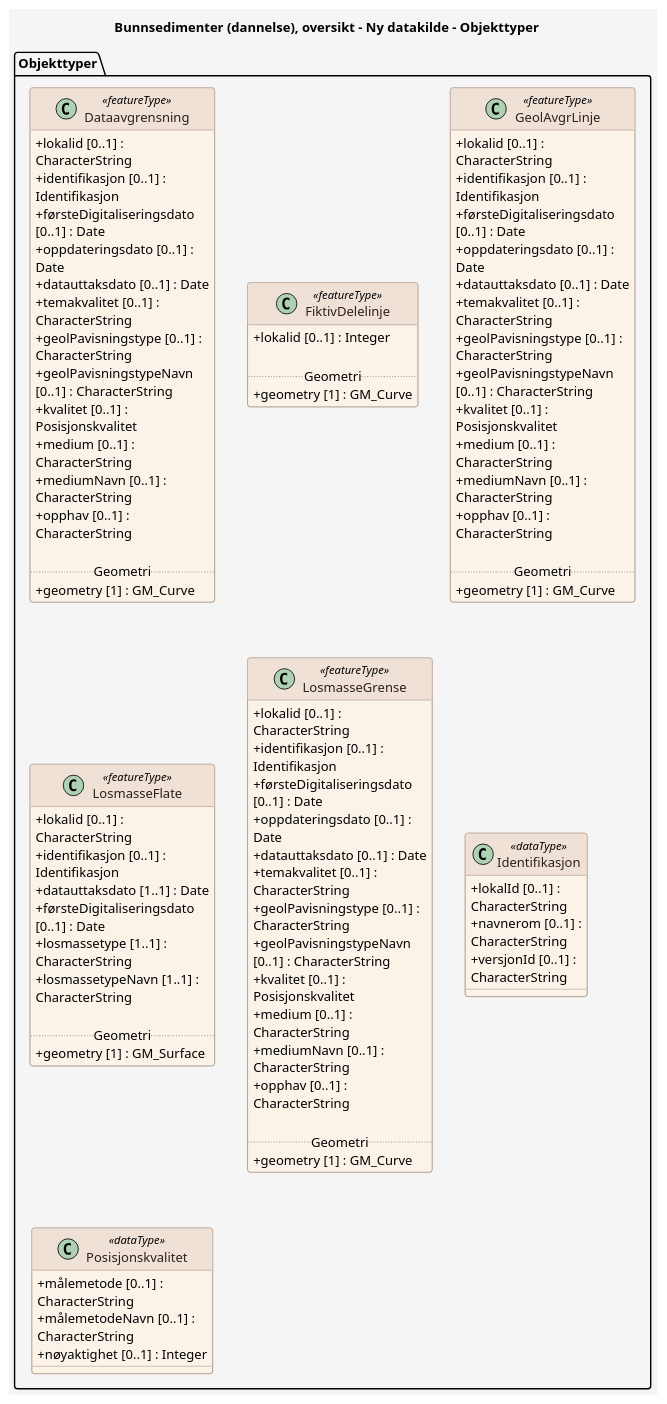
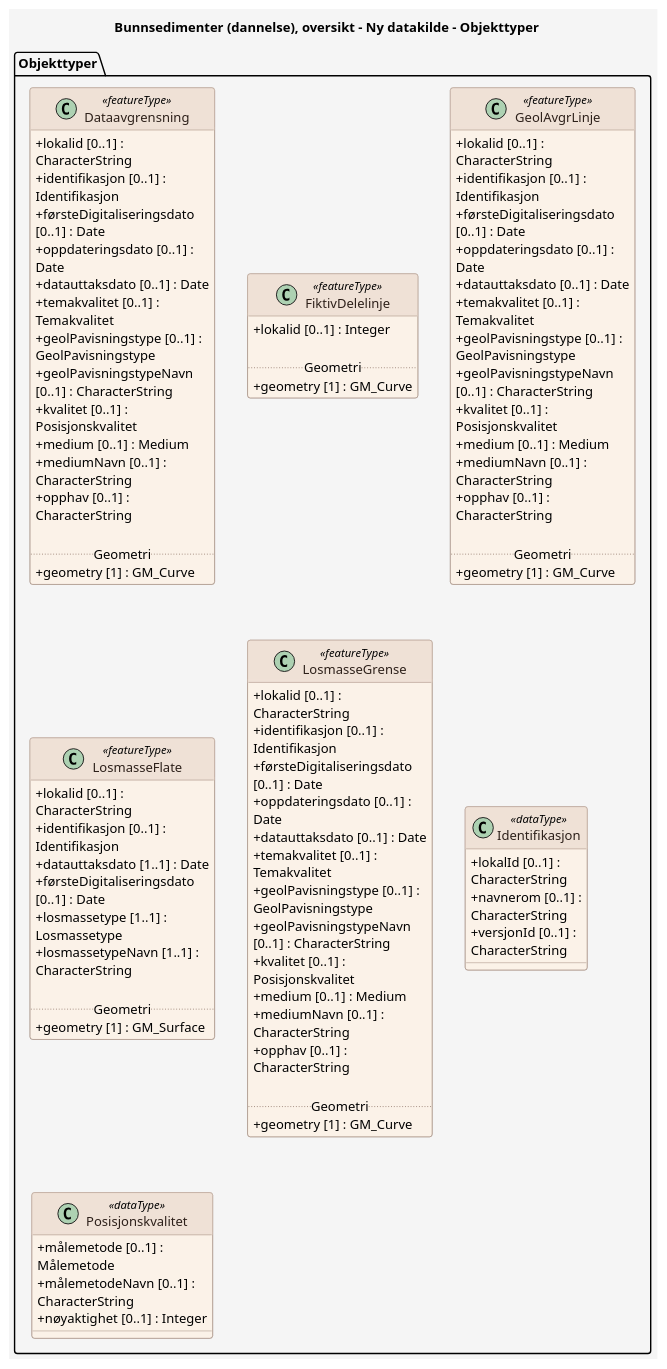
The diagram in produktspesifikasjon/bunnsedimenter-dannelse-oversikt/ny-datakilde/ny-datakilde_feature_catalogue.puml (Arkitektum/produktspesifikasjon_test2), drawn with PlantUML before and after one commit. The commit also changed 20 other files, not shown here.

```diff
--- a/produktspesifikasjon/bunnsedimenter-dannelse-oversikt/ny-datakilde/ny-datakilde_feature_catalogue.puml
+++ b/produktspesifikasjon/bunnsedimenter-dannelse-oversikt/ny-datakilde/ny-datakilde_feature_catalogue.puml
@@ -1,119 +1,119 @@
 @startuml
 ' For wide diagrams, render with: plantuml -DPLANTUML_LIMIT_SIZE=16384 ...
 ' The 'scale max' directive below caps the rendered output to prevent the
 ' default PlantUML 4096px size limit from cropping the diagram.
 scale max 4000*4000
 
 title Bunnsedimenter (dannelse), oversikt - Ny datakilde - Objekttyper
 
 skinparam backgroundColor #F5F5F5
 skinparam shadowing false
 skinparam RoundCorner 6
 skinparam ArrowColor #6C8198
 skinparam wrapWidth 200
 skinparam class {
   BackgroundColor #FBF2E8
   BorderColor #9C8578
   FontColor #2D201A
   HeaderBackgroundColor #EFE1D6
   HeaderFontColor #2D201A
   AttributeIconSize 0
 }
 skinparam note {
   BackgroundColor #FFFFFF
   BorderColor #6C8198
   FontColor #2D201A
 }
 skinparam stereotypeCBackgroundColor #EAD9CE
 skinparam stereotypeCBorderColor #9C8578
 skinparam stereotypeCFontColor #2D201A
 
 package "Objekttyper" {
 
   class Dataavgrensning <<featureType>> {
     + lokalid [0..1] : CharacterString
     + identifikasjon [0..1] : Identifikasjon
     + førsteDigitaliseringsdato [0..1] : Date
     + oppdateringsdato [0..1] : Date
     + datauttaksdato [0..1] : Date
-    + temakvalitet [0..1] : CharacterString
-    + geolPavisningstype [0..1] : CharacterString
+    + temakvalitet [0..1] : Temakvalitet
+    + geolPavisningstype [0..1] : GeolPavisningstype
     + geolPavisningstypeNavn [0..1] : CharacterString
     + kvalitet [0..1] : Posisjonskvalitet
-    + medium [0..1] : CharacterString
+    + medium [0..1] : Medium
     + mediumNavn [0..1] : CharacterString
     + opphav [0..1] : CharacterString
 
     ..Geometri..
     + geometry [1] : GM_Curve
   }
 
   class FiktivDelelinje <<featureType>> {
     + lokalid [0..1] : Integer
 
     ..Geometri..
     + geometry [1] : GM_Curve
   }
 
   class GeolAvgrLinje <<featureType>> {
     + lokalid [0..1] : CharacterString
     + identifikasjon [0..1] : Identifikasjon
     + førsteDigitaliseringsdato [0..1] : Date
     + oppdateringsdato [0..1] : Date
     + datauttaksdato [0..1] : Date
-    + temakvalitet [0..1] : CharacterString
-    + geolPavisningstype [0..1] : CharacterString
+    + temakvalitet [0..1] : Temakvalitet
+    + geolPavisningstype [0..1] : GeolPavisningstype
     + geolPavisningstypeNavn [0..1] : CharacterString
     + kvalitet [0..1] : Posisjonskvalitet
-    + medium [0..1] : CharacterString
+    + medium [0..1] : Medium
     + mediumNavn [0..1] : CharacterString
     + opphav [0..1] : CharacterString
 
     ..Geometri..
     + geometry [1] : GM_Curve
   }
 
   class LosmasseFlate <<featureType>> {
     + lokalid [0..1] : CharacterString
     + identifikasjon [0..1] : Identifikasjon
     + datauttaksdato [1..1] : Date
     + førsteDigitaliseringsdato [0..1] : Date
-    + losmassetype [1..1] : CharacterString
+    + losmassetype [1..1] : Losmassetype
     + losmassetypeNavn [1..1] : CharacterString
 
     ..Geometri..
     + geometry [1] : GM_Surface
   }
 
   class LosmasseGrense <<featureType>> {
     + lokalid [0..1] : CharacterString
     + identifikasjon [0..1] : Identifikasjon
     + førsteDigitaliseringsdato [0..1] : Date
     + oppdateringsdato [0..1] : Date
     + datauttaksdato [0..1] : Date
-    + temakvalitet [0..1] : CharacterString
-    + geolPavisningstype [0..1] : CharacterString
+    + temakvalitet [0..1] : Temakvalitet
+    + geolPavisningstype [0..1] : GeolPavisningstype
     + geolPavisningstypeNavn [0..1] : CharacterString
     + kvalitet [0..1] : Posisjonskvalitet
-    + medium [0..1] : CharacterString
+    + medium [0..1] : Medium
     + mediumNavn [0..1] : CharacterString
     + opphav [0..1] : CharacterString
 
     ..Geometri..
     + geometry [1] : GM_Curve
   }
 
   class Identifikasjon <<dataType>> {
     + lokalId [0..1] : CharacterString
     + navnerom [0..1] : CharacterString
     + versjonId [0..1] : CharacterString
   }
 
   class Posisjonskvalitet <<dataType>> {
-    + målemetode [0..1] : CharacterString
+    + målemetode [0..1] : Målemetode
     + målemetodeNavn [0..1] : CharacterString
     + nøyaktighet [0..1] : Integer
   }
 }
 
 @enduml
```
